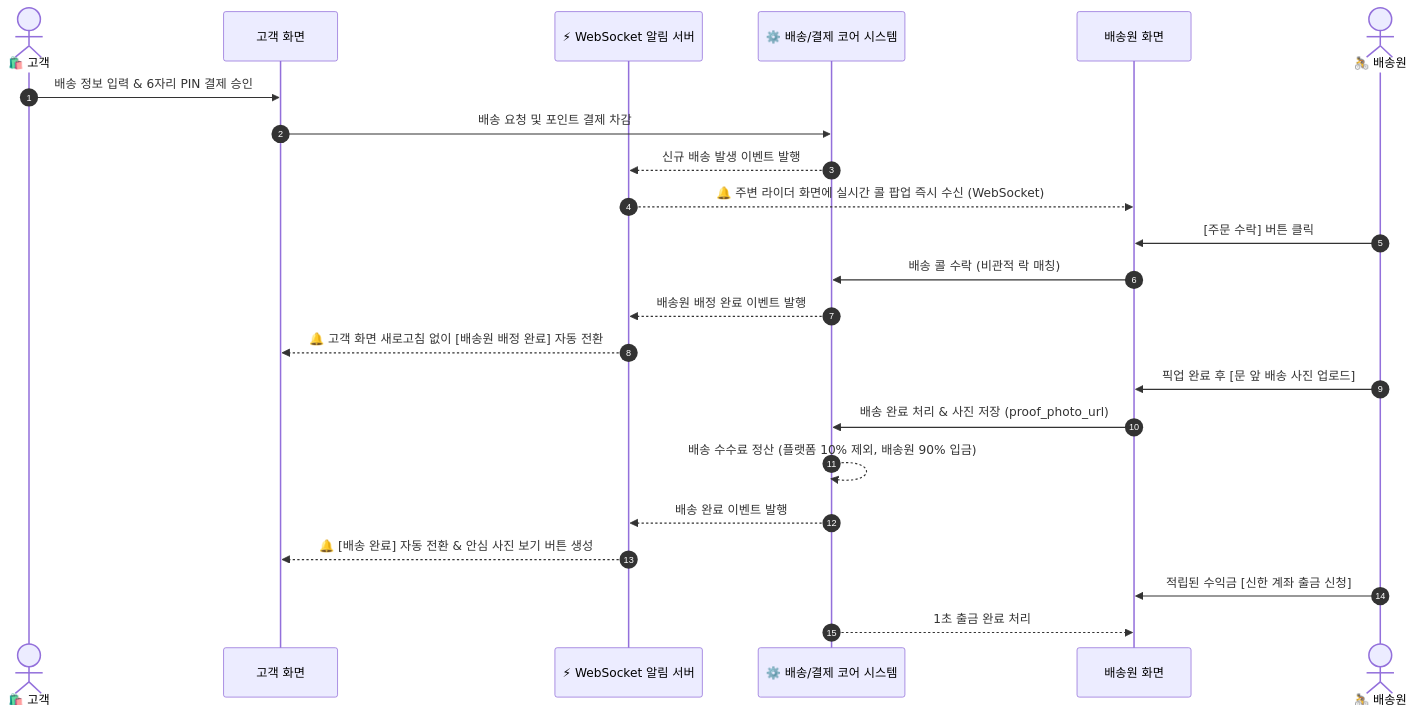
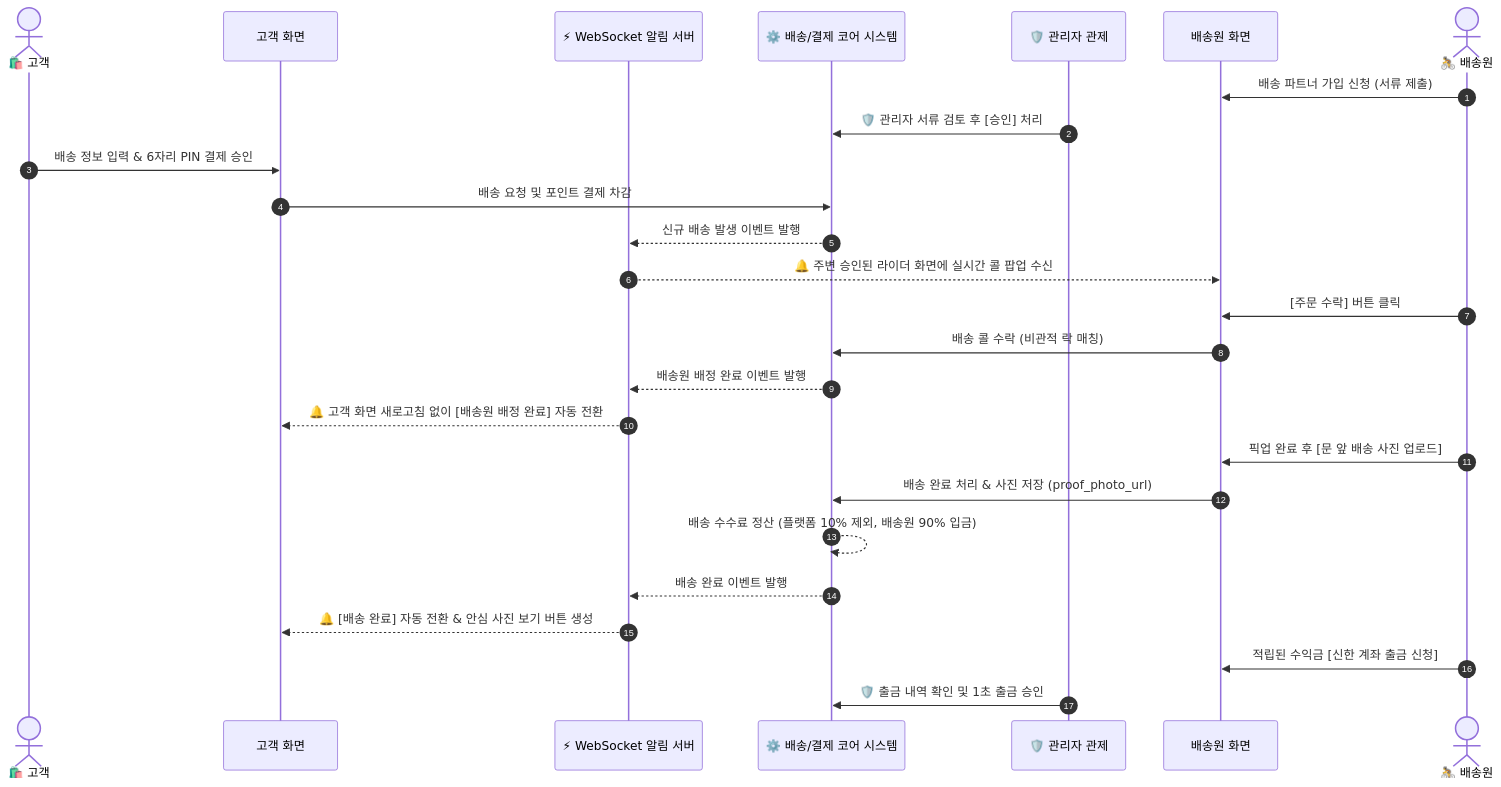
Before and after one commit to ShinhanDSProject/shinhan-delivery: the second of 2 diagrams in docs/architecture/프로덕트-고도화-및-유저플로우-보완-기획서.md, drawn with Mermaid. The commit also changed other lines of this file, not shown here.

Commit message:
docs: 프로덕트 고도화 기획서에 관리자(Admin) 콘솔 4대 기능 명세 추가

````diff
--- a/docs/architecture/프로덕트-고도화-및-유저플로우-보완-기획서.md
+++ b/docs/architecture/프로덕트-고도화-및-유저플로우-보완-기획서.md
@@ -57,29 +61,33 @@
 ```mermaid
 sequenceDiagram
     autonumber
     actor Customer as 🛍️ 고객
     participant FE_Cust as 고객 화면
     participant WS as ⚡ WebSocket 알림 서버
     participant Service as ⚙️ 배송/결제 코어 시스템
+    participant Admin as 🛡️ 관리자 관제
     participant FE_Cour as 배송원 화면
     actor Courier as 🚴 배송원
+
+    Courier->>FE_Cour: 배송 파트너 가입 신청 (서류 제출)
+    Admin->>Service: 🛡️ 관리자 서류 검토 후 [승인] 처리
 
     Customer->>FE_Cust: 배송 정보 입력 & 6자리 PIN 결제 승인
     FE_Cust->>Service: 배송 요청 및 포인트 결제 차감
     Service-->>WS: 신규 배송 발생 이벤트 발행
-    WS-->>FE_Cour: 🔔 주변 라이더 화면에 실시간 콜 팝업 즉시 수신 (WebSocket)
+    WS-->>FE_Cour: 🔔 주변 승인된 라이더 화면에 실시간 콜 팝업 수신
 
     Courier->>FE_Cour: [주문 수락] 버튼 클릭
     FE_Cour->>Service: 배송 콜 수락 (비관적 락 매칭)
     Service-->>WS: 배송원 배정 완료 이벤트 발행
     WS-->>FE_Cust: 🔔 고객 화면 새로고침 없이 [배송원 배정 완료] 자동 전환
 
     Courier->>FE_Cour: 픽업 완료 후 [문 앞 배송 사진 업로드]
     FE_Cour->>Service: 배송 완료 처리 & 사진 저장 (proof_photo_url)
     Service-->>Service: 배송 수수료 정산 (플랫폼 10% 제외, 배송원 90% 입금)
     Service-->>WS: 배송 완료 이벤트 발행
     WS-->>FE_Cust: 🔔 [배송 완료] 자동 전환 & 안심 사진 보기 버튼 생성
     
     Courier->>FE_Cour: 적립된 수익금 [신한 계좌 출금 신청]
-    Service-->>FE_Cour: 1초 출금 완료 처리
+    Admin->>Service: 🛡️ 출금 내역 확인 및 1초 출금 승인
 ```
````
